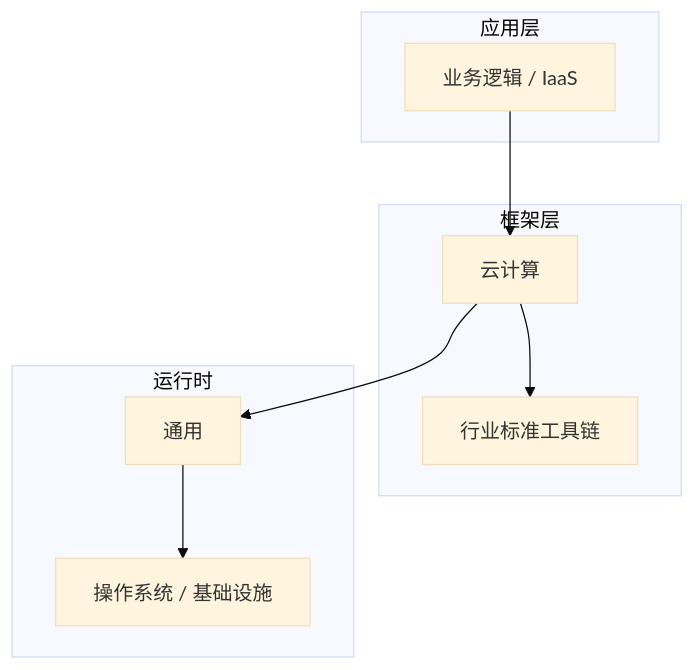
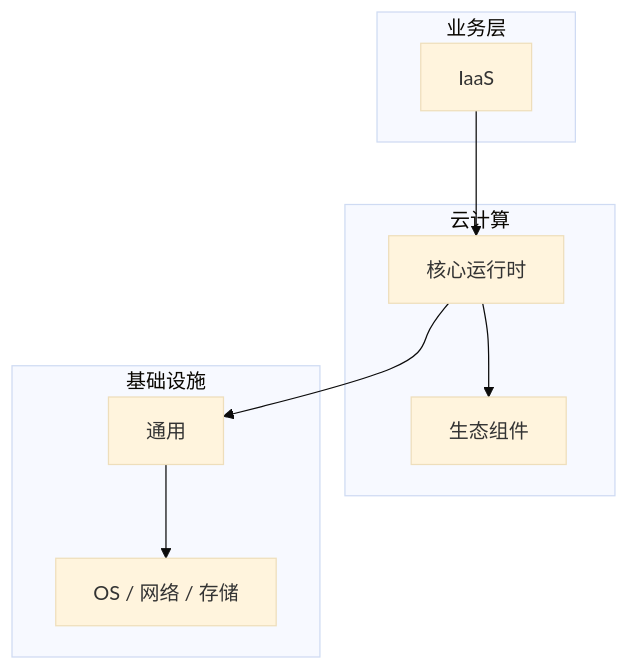
One commit to yanggan2015/knowledge-json-v2 changed the diagram in articles/云计算/chapters/006-IaaS核心概念与原理.md. Above: the diagram before and after it, drawn with Mermaid (base theme). The commit also changed other lines of this file and 10127 other files, not shown here.

````diff
--- a/articles/云计算/chapters/006-IaaS核心概念与原理.md
+++ b/articles/云计算/chapters/006-IaaS核心概念与原理.md
@@ -45,18 +34,18 @@
 ```mermaid
 graph TB
-    subgraph 应用层
-        A[业务逻辑 / IaaS]
+    subgraph 业务层
+        A[IaaS]
     end
-    subgraph 框架层
-        B[云计算]
-        C[行业标准工具链]
+    subgraph 云计算
+        B[核心运行时]
+        C[生态组件]
     end
-    subgraph 运行时
+    subgraph 基础设施
         D[通用]
-        E[操作系统 / 基础设施]
+        E[OS / 网络 / 存储]
     end
     A --> B
     B --> C
     B --> D
     D --> E
 ```
````
